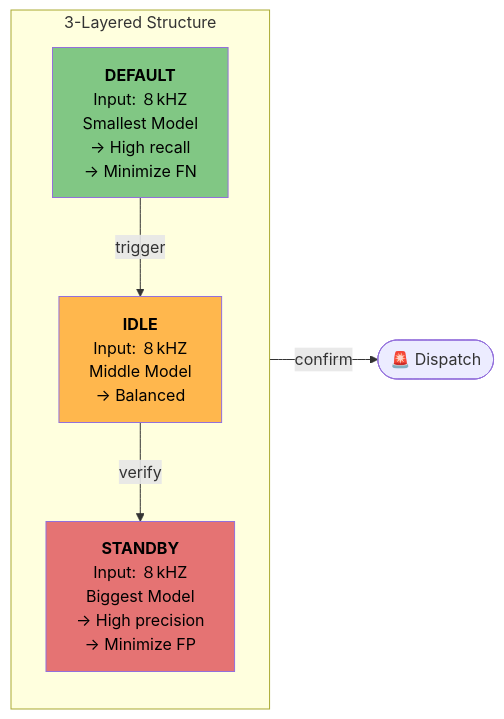
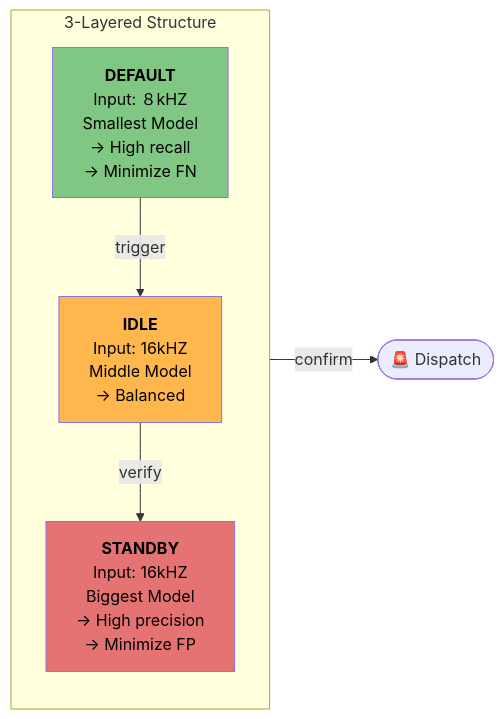
One commit to soomswida/Vatican-Cameos changed the diagram in README.md. Above: the diagram before and after it, drawn with Mermaid.

Commit message:
Kyoheon/README/minor-change

````diff
--- a/README.md
+++ b/README.md
@@ -8,21 +8,21 @@
 ```mermaid
 flowchart LR
     subgraph T["3-Layered Structure"]
         direction TB
         L1["<b>DEFAULT</b><br/>Input: ８kHZ<br/>Smallest Model<br/>→ High recall<br/>→ Minimize FN"]
-        L2["<b>IDLE</b><br/>Input: ８kHZ<br/>Middle Model<br/>→ Balanced"]
-        L3["<b>STANDBY</b><br/>Input: ８kHZ<br/>Biggest Model<br/>→ High precision<br/>→ Minimize FP"]
+        L2["<b>IDLE</b><br/>Input: 16kHZ<br/>Middle Model<br/>→ Balanced"]
+        L3["<b>STANDBY</b><br/>Input: 16kHZ<br/>Biggest Model<br/>→ High precision<br/>→ Minimize FP"]
     end
 
     L1 -->|trigger| L2
     L2 -->|verify| L3
     L3 -->|confirm| DISPATCH([🚨 Dispatch])
 
     classDef high_recall    fill:#81C784,color:#000
     classDef balanced       fill:#FFB74D,color:#000
     classDef high_precision fill:#E57373,color:#000
 
     class L1 high_recall
     class L2 balanced
     class L3 high_precision
 ```
````
